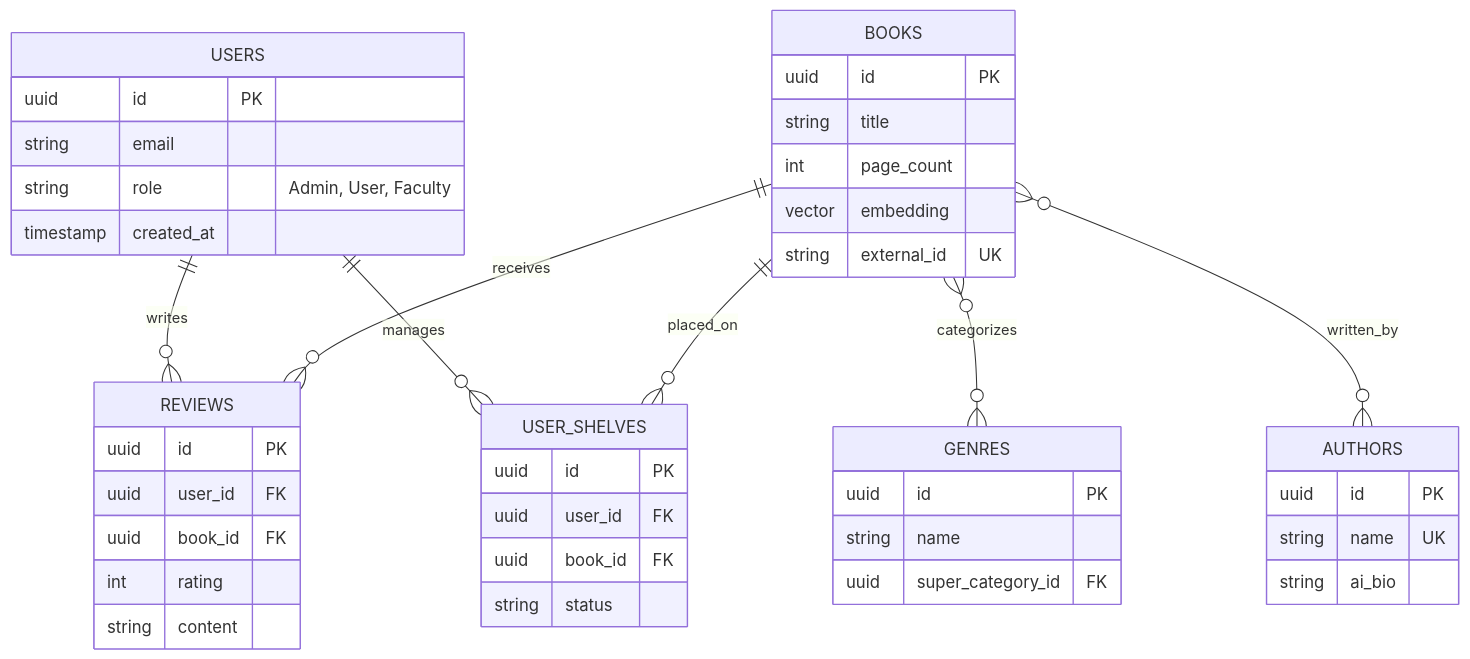
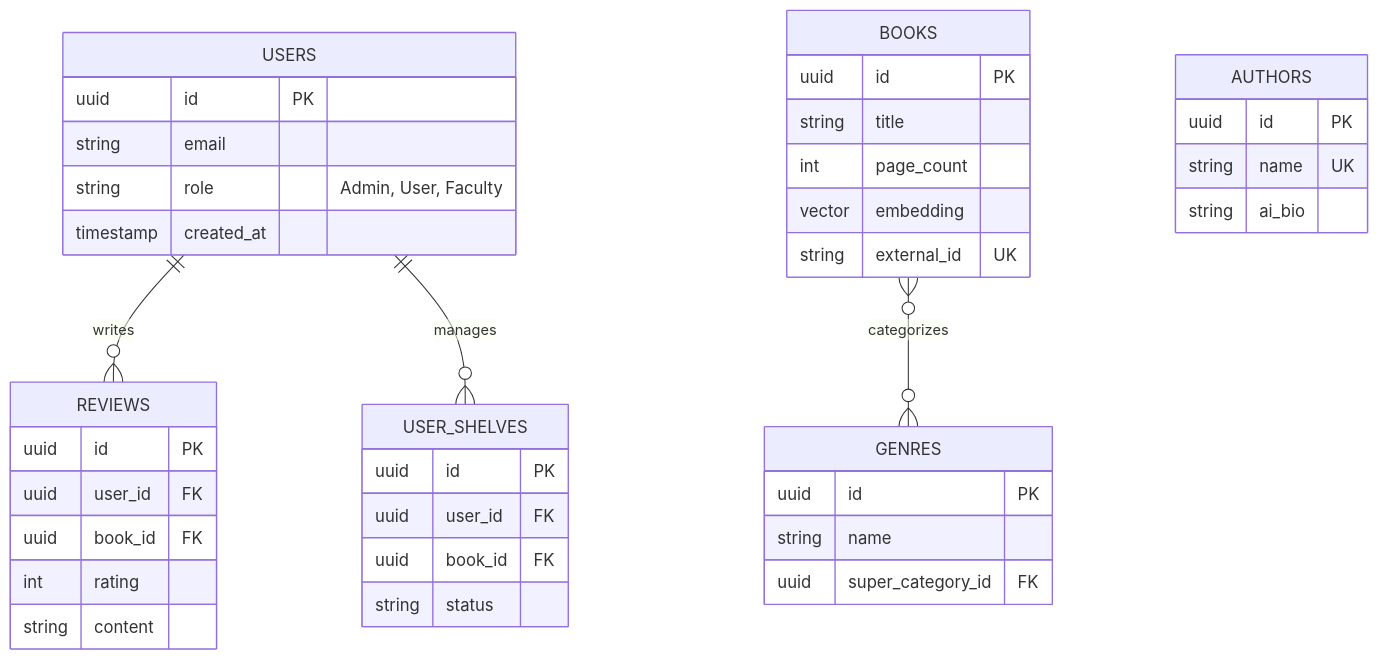
The second of 2 diagrams in PROJECT_DOCUMENTATION.md (CodeBloodMe/book-store), drawn with Mermaid before and after one commit. The commit also changed other lines of this file and 57 other files, not shown here.

````diff
--- a/PROJECT_DOCUMENTATION.md
+++ b/PROJECT_DOCUMENTATION.md
@@ -56,50 +56,48 @@
 ```mermaid
 erDiagram
     USERS ||--o{ REVIEWS : writes
     USERS ||--o{ USER_SHELVES : manages
     USERS {
         uuid id PK
         string email
         string role "Admin, User, Faculty"
         timestamp created_at
     }
     
-    BOOKS ||--o{ REVIEWS : receives
-    BOOKS ||--o{ USER_SHELVES : placed_on
+    %% Note: FKs for Reviews, Shelves, and Authors to Books are currently missing in live DB
     BOOKS }o--o{ GENRES : categorizes
-    BOOKS }o--o{ AUTHORS : written_by
     BOOKS {
         uuid id PK
         string title
         int page_count
         vector embedding
         string external_id UK
     }
     
     AUTHORS {
         uuid id PK
         string name UK
         string ai_bio
     }
     
     REVIEWS {
         uuid id PK
         uuid user_id FK
         uuid book_id FK
         int rating
         string content
     }
     
     USER_SHELVES {
         uuid id PK
         uuid user_id FK
         uuid book_id FK
         string status
     }
     
     GENRES {
         uuid id PK
         string name
         uuid super_category_id FK
     }
 ```
````
